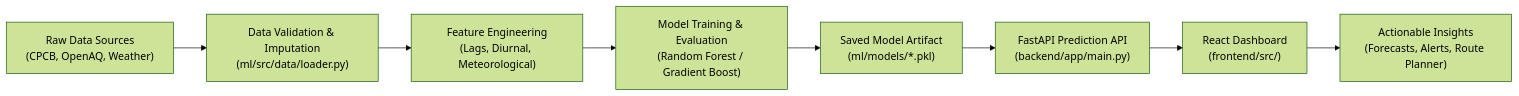
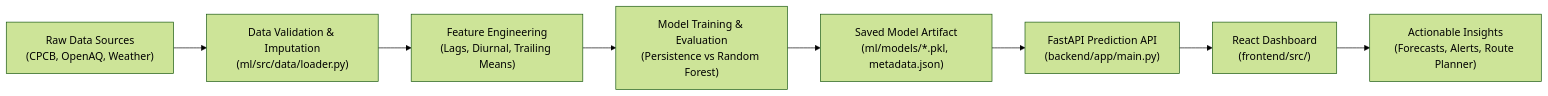
The diagram in README.md (pmsince2006/EcoPredict), drawn with Mermaid (forest theme) before and after one commit. The commit also changed other lines of this file and 12 other files, not shown here.

````diff
--- a/README.md
+++ b/README.md
@@ -102,10 +108,10 @@
 ```mermaid
 flowchart LR
     A["Raw Data Sources\n(CPCB, OpenAQ, Weather)"] --> B["Data Validation & Imputation\n(ml/src/data/loader.py)"]
-    B --> C["Feature Engineering\n(Lags, Diurnal, Meteorological)"]
-    C --> D["Model Training & Evaluation\n(Random Forest / Gradient Boost)"]
-    D --> E["Saved Model Artifact\n(ml/models/*.pkl)"]
+    B --> C["Feature Engineering\n(Lags, Diurnal, Trailing Means)"]
+    C --> D["Model Training & Evaluation\n(Persistence vs Random Forest)"]
+    D --> E["Saved Model Artifact\n(ml/models/*.pkl, metadata.json)"]
     E --> F["FastAPI Prediction API\n(backend/app/main.py)"]
     F --> G["React Dashboard\n(frontend/src/)"]
     G --> H["Actionable Insights\n(Forecasts, Alerts, Route Planner)"]
 ```
````
